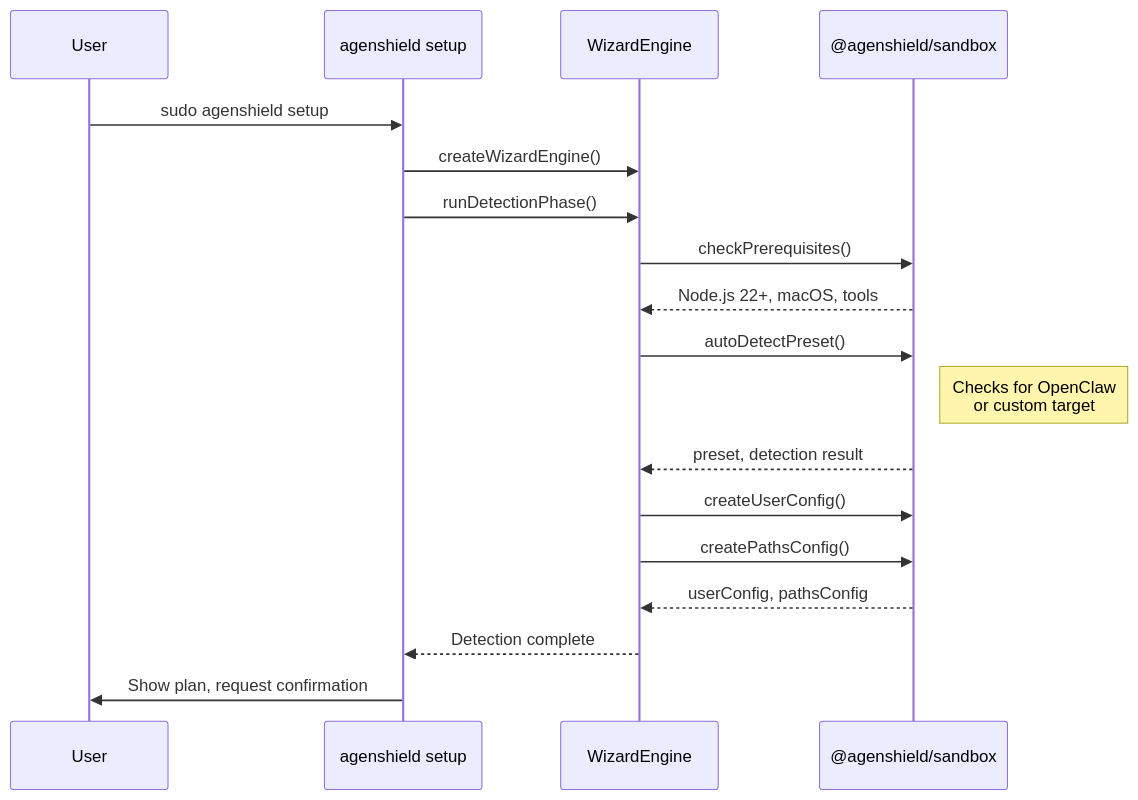
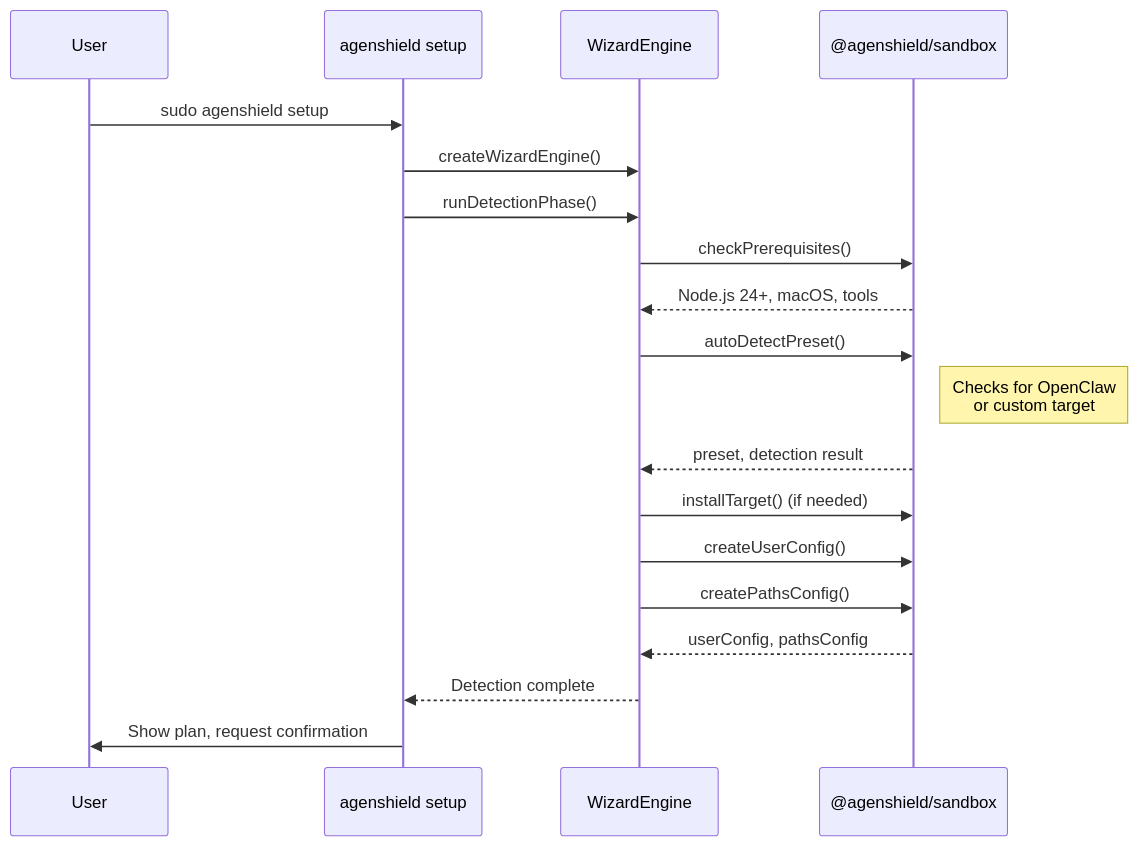
Before and after one commit to agen-co/agenshield: the second of 13 diagrams in ARCHITECTURE.md, drawn with Mermaid. The commit also changed other lines of this file and 89 other files, not shown here.

````diff
--- a/ARCHITECTURE.md
+++ b/ARCHITECTURE.md
@@ -96,25 +106,27 @@
 ```mermaid
 sequenceDiagram
     participant User
     participant CLI as agenshield setup
     participant Engine as WizardEngine
     participant Sandbox as @agenshield/sandbox
 
     User->>CLI: sudo agenshield setup
     CLI->>Engine: createWizardEngine()
     CLI->>Engine: runDetectionPhase()
 
     Engine->>Sandbox: checkPrerequisites()
-    Sandbox-->>Engine: Node.js 22+, macOS, tools
+    Sandbox-->>Engine: Node.js 24+, macOS, tools
 
     Engine->>Sandbox: autoDetectPreset()
     Note right of Sandbox: Checks for OpenClaw<br/>or custom target
     Sandbox-->>Engine: preset, detection result
+
+    Engine->>Sandbox: installTarget() (if needed)
 
     Engine->>Sandbox: createUserConfig()
     Engine->>Sandbox: createPathsConfig()
     Sandbox-->>Engine: userConfig, pathsConfig
 
     Engine-->>CLI: Detection complete
     CLI->>User: Show plan, request confirmation
 ```
````
